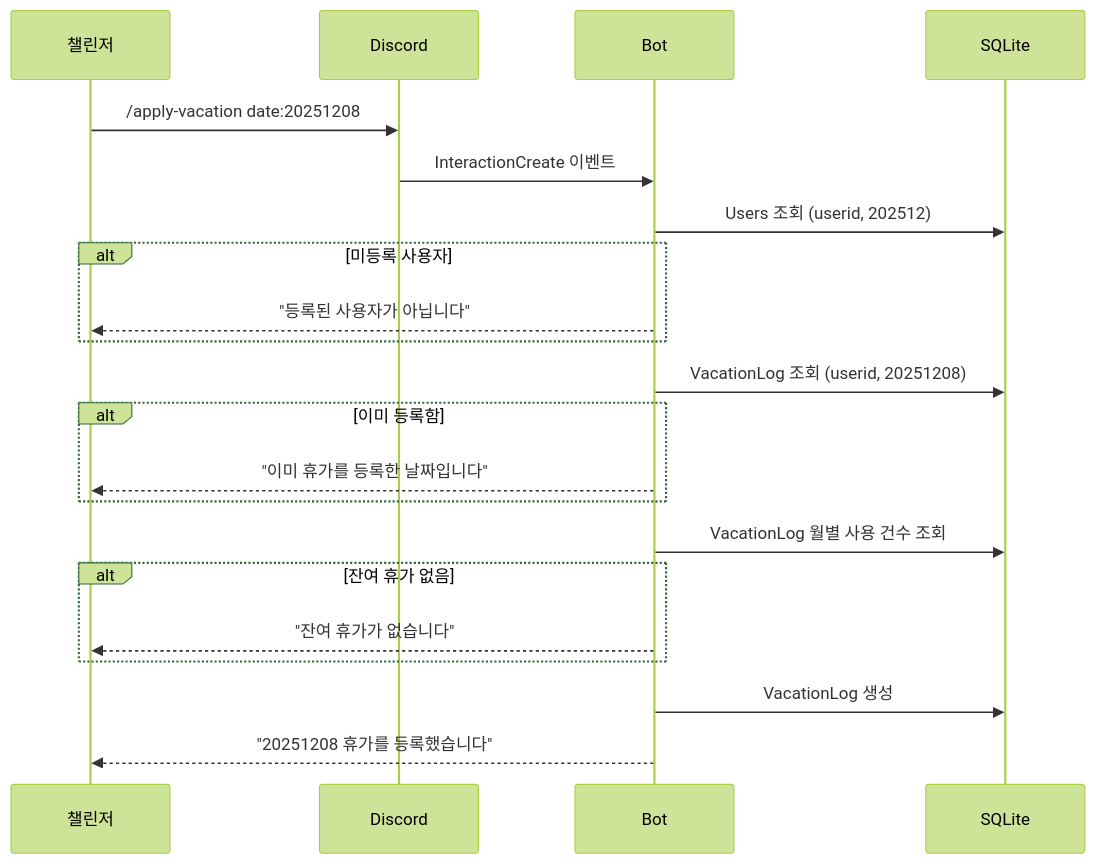
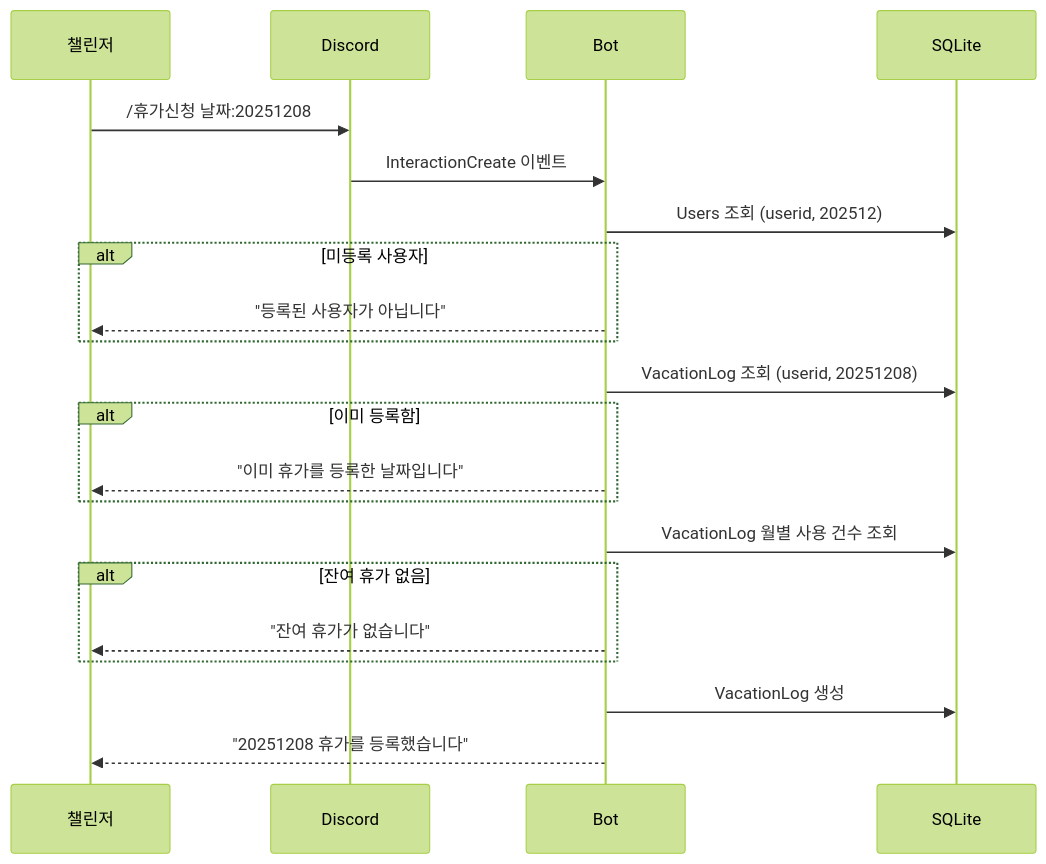
One commit to honki12345/haruharu-discord-bot changed diagram 16 of 16 in docs/USER_STORIES.md. Above: the diagram before and after it, drawn with Mermaid (forest theme). The commit also changed other lines of this file and 16 other files, not shown here.

````diff
--- a/docs/USER_STORIES.md
+++ b/docs/USER_STORIES.md
@@ -697,28 +699,28 @@
 ```mermaid
 sequenceDiagram
     participant U as 챌린저
     participant D as Discord
     participant B as Bot
     participant DB as SQLite
 
-    U->>D: /apply-vacation date:20251208
+    U->>D: /휴가신청 날짜:20251208
     D->>B: InteractionCreate 이벤트
 
     B->>DB: Users 조회 (userid, 202512)
     alt 미등록 사용자
         B-->>U: "등록된 사용자가 아닙니다"
     end
 
     B->>DB: VacationLog 조회 (userid, 20251208)
     alt 이미 등록함
         B-->>U: "이미 휴가를 등록한 날짜입니다"
     end
 
     B->>DB: VacationLog 월별 사용 건수 조회
     alt 잔여 휴가 없음
         B-->>U: "잔여 휴가가 없습니다"
     end
 
     B->>DB: VacationLog 생성
     B-->>U: "20251208 휴가를 등록했습니다"
 ```
````
